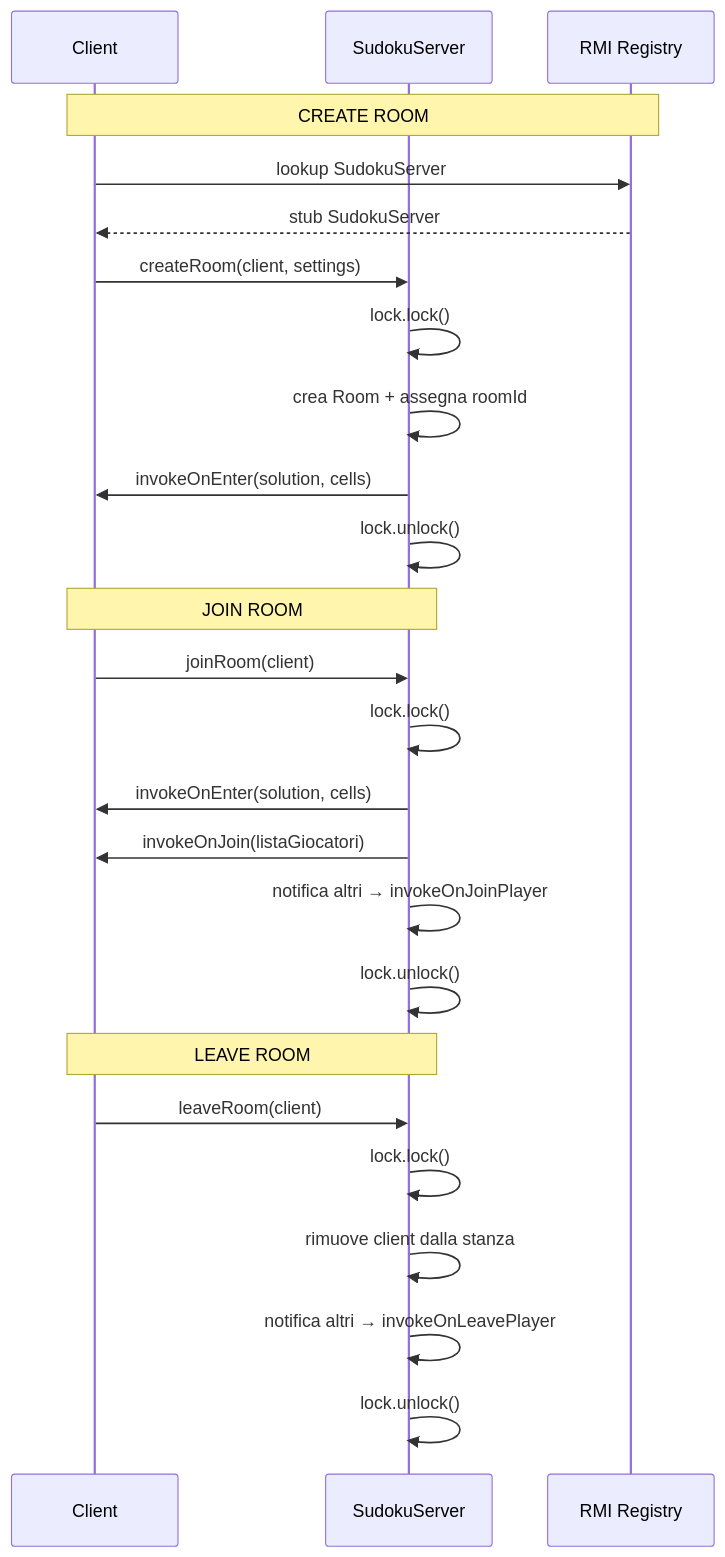
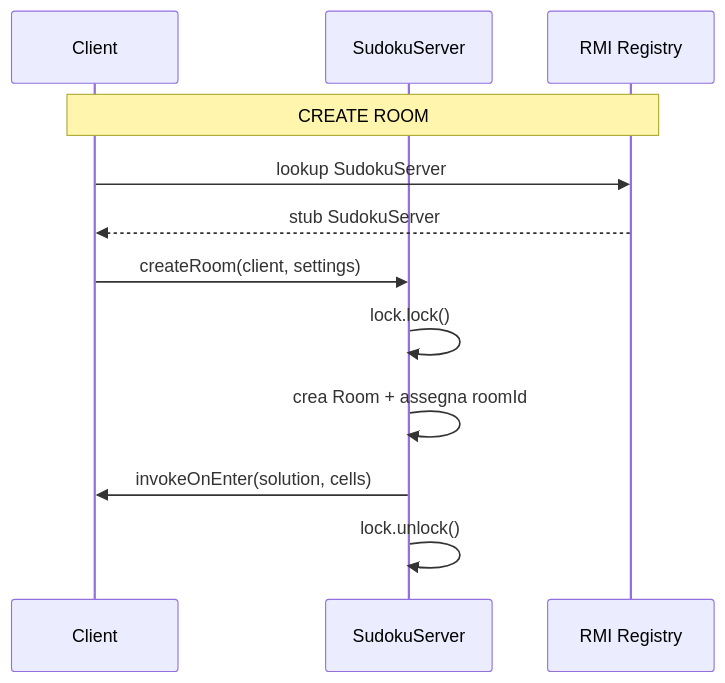
The fifth of 9 diagrams in sudoku-rmi/doc/report.md (JBmanu/PCD-03), drawn with Mermaid before and after one commit. The commit also changed other lines of this file and 2 other files, not shown here.

Commit message:
feat: report - sudoku javaRMI

````diff
--- a/sudoku-rmi/doc/report.md
+++ b/sudoku-rmi/doc/report.md
@@ -162,27 +182,19 @@
 ```mermaid
+---
+config:
+  theme: default
+  layout: dagre
+---
 sequenceDiagram
-    participant C as Client
-    participant SRV as SudokuServer
-    participant REG as RMI Registry
-    Note over C, REG: CREATE ROOM
-    C ->> REG: lookup SudokuServer
-    REG -->> C: stub SudokuServer
-    C ->> SRV: createRoom(client, settings)
-    SRV ->> SRV: lock.lock()
-    SRV ->> SRV: crea Room + assegna roomId
-    SRV ->> C: invokeOnEnter(solution, cells)
-    SRV ->> SRV: lock.unlock()
-    Note over C, SRV: JOIN ROOM
-    C ->> SRV: joinRoom(client)
-    SRV ->> SRV: lock.lock()
-    SRV ->> C: invokeOnEnter(solution, cells)
-    SRV ->> C: invokeOnJoin(listaGiocatori)
-    SRV ->> SRV: notifica altri → invokeOnJoinPlayer
-    SRV ->> SRV: lock.unlock()
-    Note over C, SRV: LEAVE ROOM
-    C ->> SRV: leaveRoom(client)
-    SRV ->> SRV: lock.lock()
-    SRV ->> SRV: rimuove client dalla stanza
-    SRV ->> SRV: notifica altri → invokeOnLeavePlayer
-    SRV ->> SRV: lock.unlock()
+  participant C as Client
+  participant SRV as SudokuServer
+  participant REG as RMI Registry
+  Note over C, REG: CREATE ROOM
+  C ->> REG: lookup SudokuServer
+  REG -->> C: stub SudokuServer
+  C ->> SRV: createRoom(client, settings)
+  SRV ->> SRV: lock.lock()
+  SRV ->> SRV: crea Room + assegna roomId
+  SRV ->> C: invokeOnEnter(solution, cells)
+  SRV ->> SRV: lock.unlock()
 ```
````
